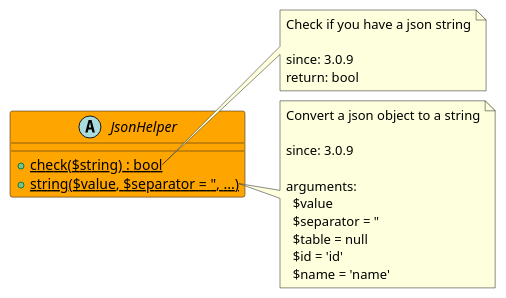
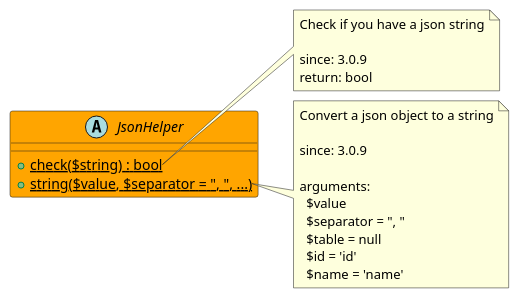
Before and after one commit to joomengine/super-powers: the diagram in src/4b225c51-d293-48e4-b3f6-5136cf5c3f18/README.md, drawn with PlantUML. The commit also changed other lines of this file, not shown here.

Commit message:
Update Utilities Json Helper readme file

````diff
--- a/src/4b225c51-d293-48e4-b3f6-5136cf5c3f18/README.md
+++ b/src/4b225c51-d293-48e4-b3f6-5136cf5c3f18/README.md
@@ -5,30 +5,30 @@
 ```uml
 @startuml
 
 abstract JsonHelper  #Orange {
   + {static} check($string) : bool
-  + {static} string($value, $separator = ", ...)
+  + {static} string($value, $separator = ", ", ...)
 }
 
 note right of JsonHelper::check
   Check if you have a json string
 
   since: 3.0.9
   return: bool
 end note
 
 note right of JsonHelper::string
   Convert a json object to a string
 
   since: 3.0.9
   
   arguments:
     $value
-    $separator = "
+    $separator = ", "
     $table = null
     $id = 'id'
     $name = 'name'
 end note
 
 @enduml
 ```
````
